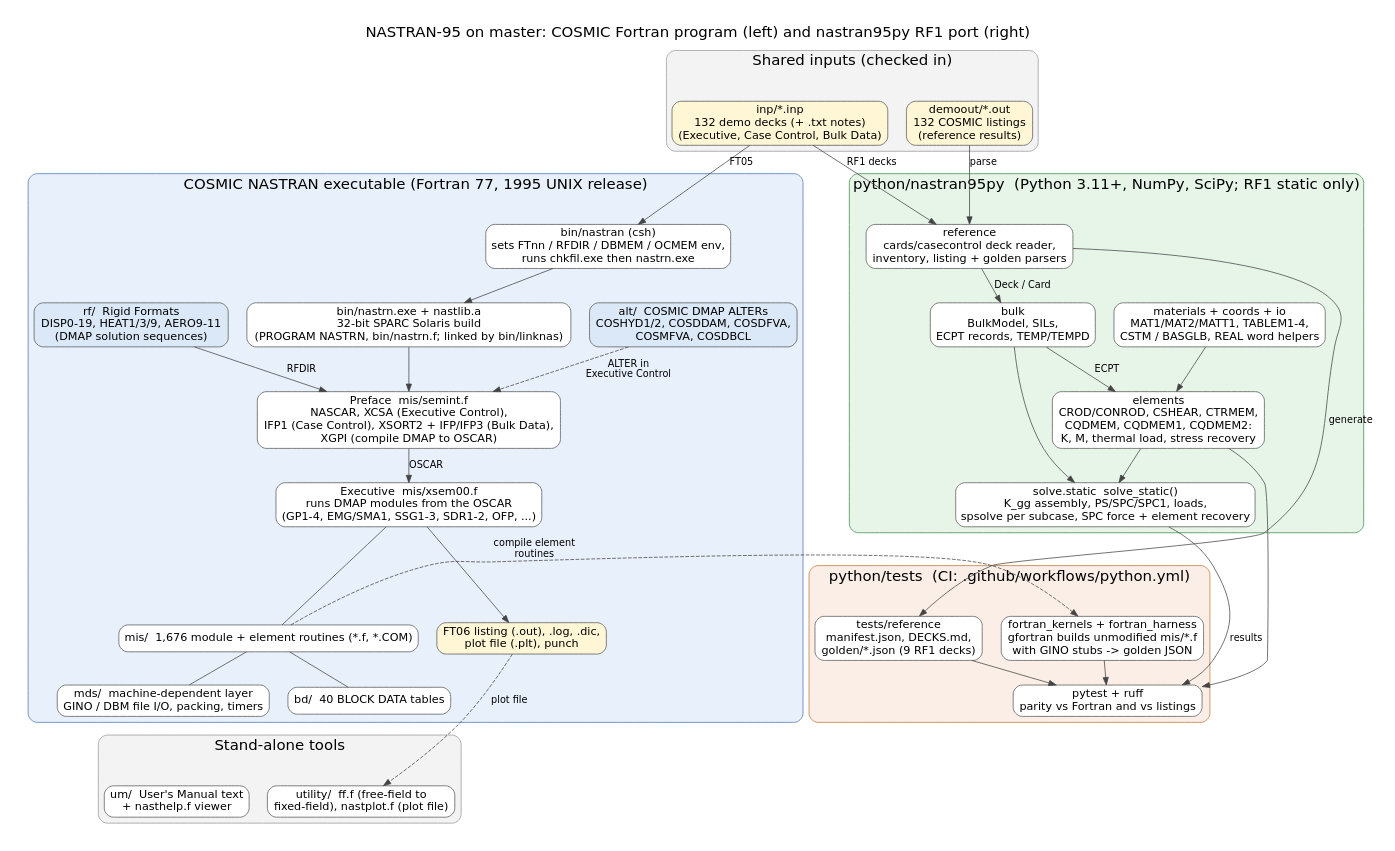
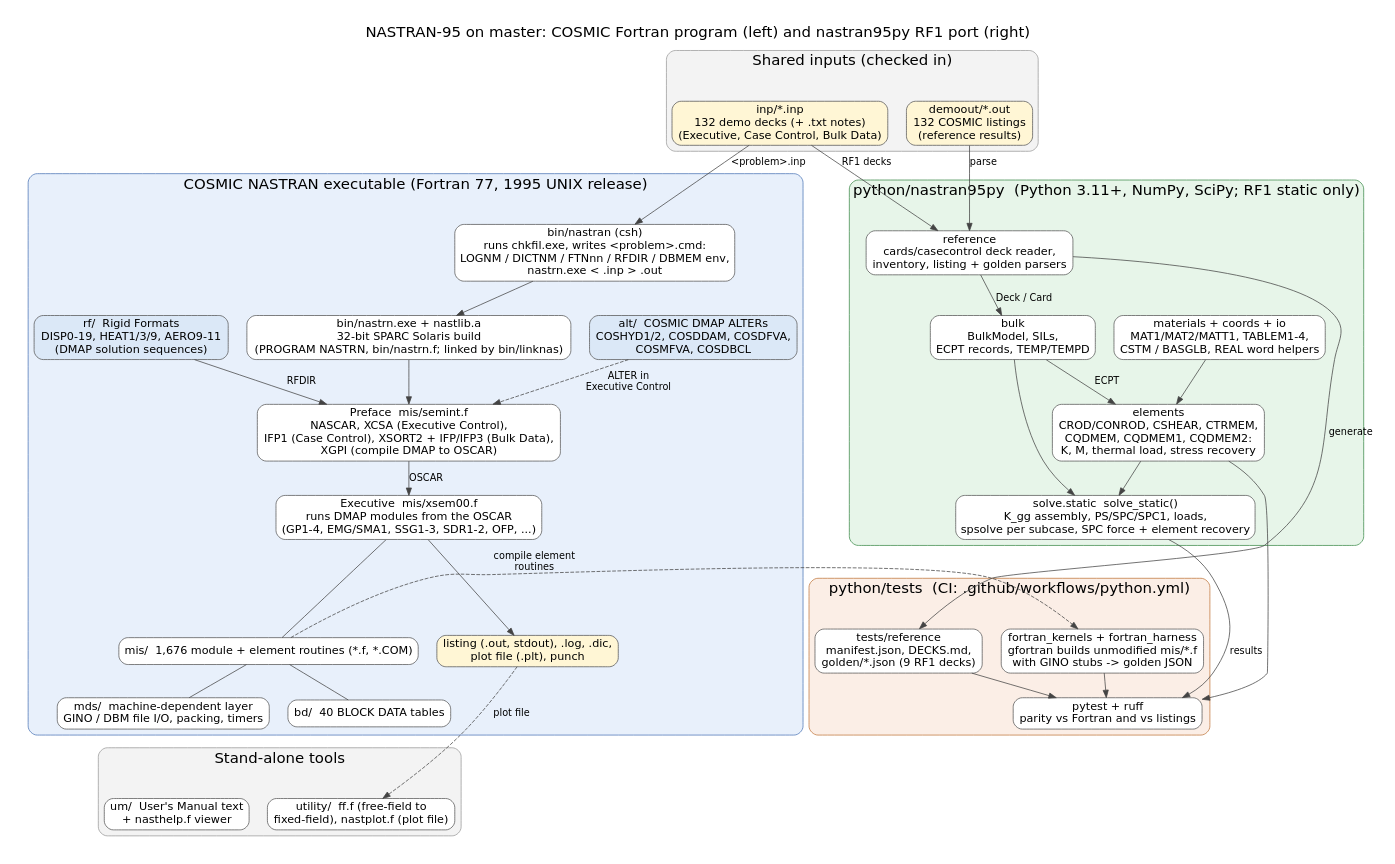
Before and after one commit to COG-GTM/NASTRAN-95: the diagram in docs/diagrams/architecture.dot, drawn with Graphviz. The commit also changed 4 other files, not shown here.

Commit message:
docs: describe bin/nastran env vars and run script as the driver writes them

```diff
--- a/docs/diagrams/architecture.dot
+++ b/docs/diagrams/architecture.dot
@@ -1,79 +1,79 @@
 // NASTRAN-95 architecture (master). Edit this file, then run ./render.sh.
 digraph nastran95 {
   graph [rankdir=TB, fontname="DejaVu Sans", fontsize=20, labelloc=t, nodesep=0.35, ranksep=0.45,
          label="NASTRAN-95 on master: COSMIC Fortran program (left) and nastran95py RF1 port (right)", pad=0.3];
   node  [shape=box, style="rounded,filled", fontname="DejaVu Sans", fontsize=15, fillcolor=white, color="#555555"];
   edge  [fontname="DejaVu Sans", fontsize=13, color="#444444"];
 
   subgraph cluster_inputs {
     label="Shared inputs (checked in)"; style="rounded,filled"; fillcolor="#f3f3f3"; color="#999999";
     inp     [label="inp/*.inp\n132 demo decks (+ .txt notes)\n(Executive, Case Control, Bulk Data)", fillcolor="#fff6d5"];
     demoout [label="demoout/*.out\n132 COSMIC listings\n(reference results)", fillcolor="#fff6d5"];
     { rank=same; inp; demoout; }
   }
 
   subgraph cluster_fortran {
     label="COSMIC NASTRAN executable (Fortran 77, 1995 UNIX release)"; style="rounded,filled"; fillcolor="#e8f0fb"; color="#4a74b5";
-    script  [label="bin/nastran (csh)\nsets FTnn / RFDIR / DBMEM / OCMEM env,\nruns chkfil.exe then nastrn.exe"];
+    script  [label="bin/nastran (csh)\nruns chkfil.exe, writes <problem>.cmd:\nLOGNM / DICTNM / FTNnn / RFDIR / DBMEM env,\nnastrn.exe < .inp > .out"];
     exe     [label="bin/nastrn.exe + nastlib.a\n32-bit SPARC Solaris build\n(PROGRAM NASTRN, bin/nastrn.f; linked by bin/linknas)"];
     preface [label="Preface  mis/semint.f\nNASCAR, XCSA (Executive Control),\nIFP1 (Case Control), XSORT2 + IFP/IFP3 (Bulk Data),\nXGPI (compile DMAP to OSCAR)"];
     rf      [label="rf/  Rigid Formats\nDISP0-19, HEAT1/3/9, AERO9-11\n(DMAP solution sequences)", fillcolor="#dbe8f7"];
     alt     [label="alt/  COSMIC DMAP ALTERs\nCOSHYD1/2, COSDDAM, COSDFVA,\nCOSMFVA, COSDBCL", fillcolor="#dbe8f7"];
     exec    [label="Executive  mis/xsem00.f\nruns DMAP modules from the OSCAR\n(GP1-4, EMG/SMA1, SSG1-3, SDR1-2, OFP, ...)"];
     mis     [label="mis/  1,676 module + element routines (*.f, *.COM)"];
     bd      [label="bd/  40 BLOCK DATA tables"];
     mds     [label="mds/  machine-dependent layer\nGINO / DBM file I/O, packing, timers"];
-    out     [label="FT06 listing (.out), .log, .dic,\nplot file (.plt), punch", fillcolor="#fff6d5"];
+    out     [label="listing (.out, stdout), .log, .dic,\nplot file (.plt), punch", fillcolor="#fff6d5"];
     script -> exe -> preface;
     rf -> preface [label="RFDIR"];
     alt -> preface [label="ALTER in\nExecutive Control", style=dashed];
     preface -> exec [label="OSCAR"];
     exec -> mis [arrowhead=none];
     mis -> bd [arrowhead=none];
     mis -> mds [arrowhead=none];
     exec -> out;
   }
 
   subgraph cluster_tools {
     label="Stand-alone tools"; style="rounded,filled"; fillcolor="#f3f3f3"; color="#999999";
     um   [label="um/  User's Manual text\n+ nasthelp.f viewer"];
     util [label="utility/  ff.f (free-field to\nfixed-field), nastplot.f (plot file)"];
   }
   out -> util [label="plot file", style=dashed, constraint=false];
   mds -> um [style=invis];
   bd -> util [style=invis];
 
   subgraph cluster_python {
     label="python/nastran95py  (Python 3.11+, NumPy, SciPy; RF1 static only)"; style="rounded,filled"; fillcolor="#e7f5e9"; color="#3d8b4a";
     reference [label="reference\ncards/casecontrol deck reader,\ninventory, listing + golden parsers"];
     bulk      [label="bulk\nBulkModel, SILs,\nECPT records, TEMP/TEMPD"];
     matco     [label="materials + coords + io\nMAT1/MAT2/MATT1, TABLEM1-4,\nCSTM / BASGLB, REAL word helpers"];
     elements  [label="elements\nCROD/CONROD, CSHEAR, CTRMEM,\nCQDMEM, CQDMEM1, CQDMEM2:\nK, M, thermal load, stress recovery"];
     solve     [label="solve.static  solve_static()\nK_gg assembly, PS/SPC/SPC1, loads,\nspsolve per subcase, SPC force + element recovery"];
     { rank=same; bulk; matco; }
     reference -> bulk [label="Deck / Card"];
     bulk -> elements [label="ECPT"];
     matco -> elements;
     elements -> solve;
     bulk -> solve;
   }
 
   subgraph cluster_tests {
     label="python/tests  (CI: .github/workflows/python.yml)"; style="rounded,filled"; fillcolor="#fbeee6"; color="#c0763c";
     golden  [label="tests/reference\nmanifest.json, DECKS.md,\ngolden/*.json (9 RF1 decks)"];
     harness [label="fortran_kernels + fortran_harness\ngfortran builds unmodified mis/*.f\nwith GINO stubs -> golden JSON"];
     pytest  [label="pytest + ruff\nparity vs Fortran and vs listings"];
     { rank=same; golden; harness; }
     golden -> pytest;
     harness -> pytest;
   }
 
-  inp -> script [label="FT05"];
+  inp -> script [label="<problem>.inp"];
   inp -> reference [label="RF1 decks"];
   demoout -> reference [label="parse"];
   reference -> golden [label="generate", constraint=false];
   solve -> golden [style=invis];
   mis -> harness [label="compile element\nroutines", style=dashed, constraint=false];
   solve -> pytest [label="results"];
   elements -> pytest;
 }
```
